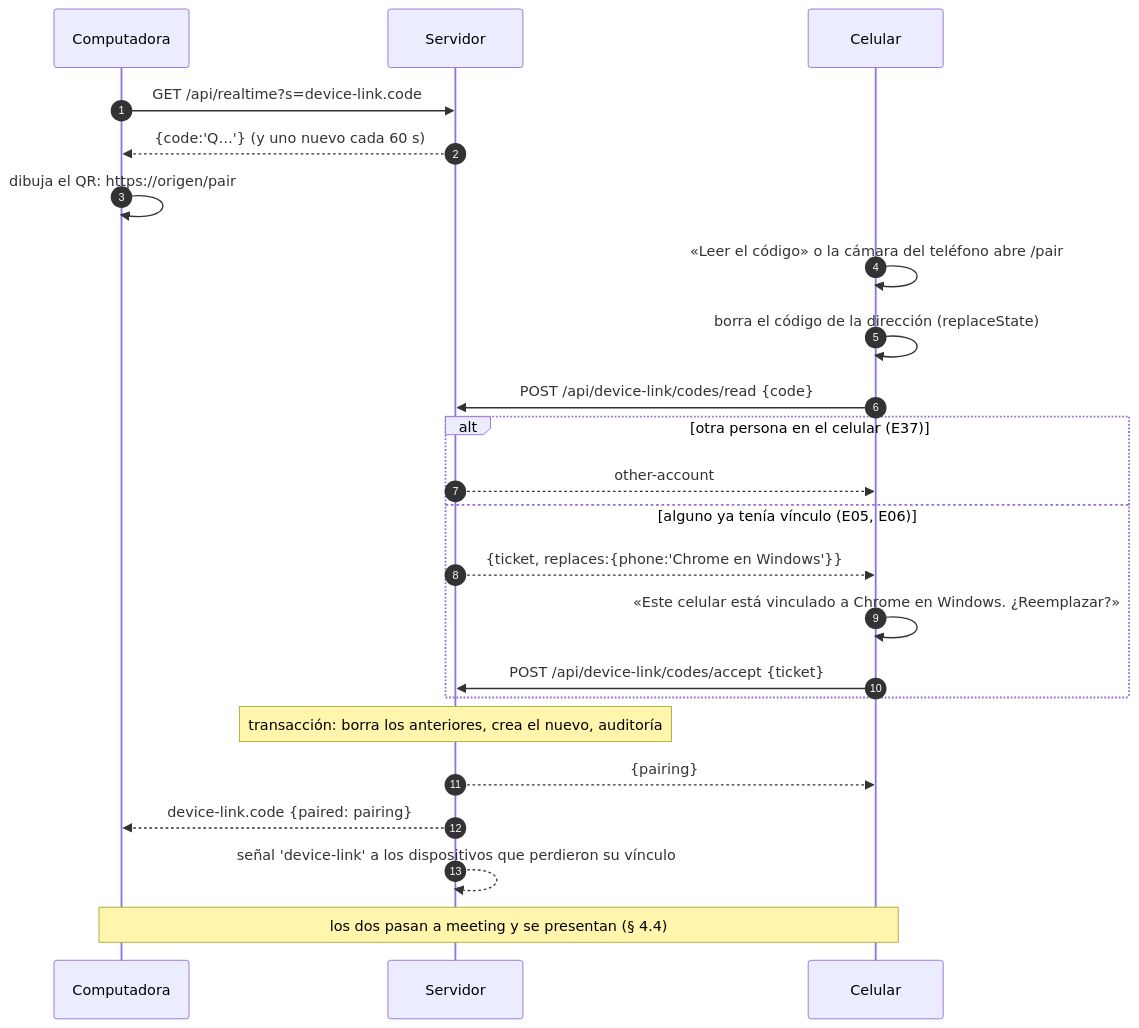
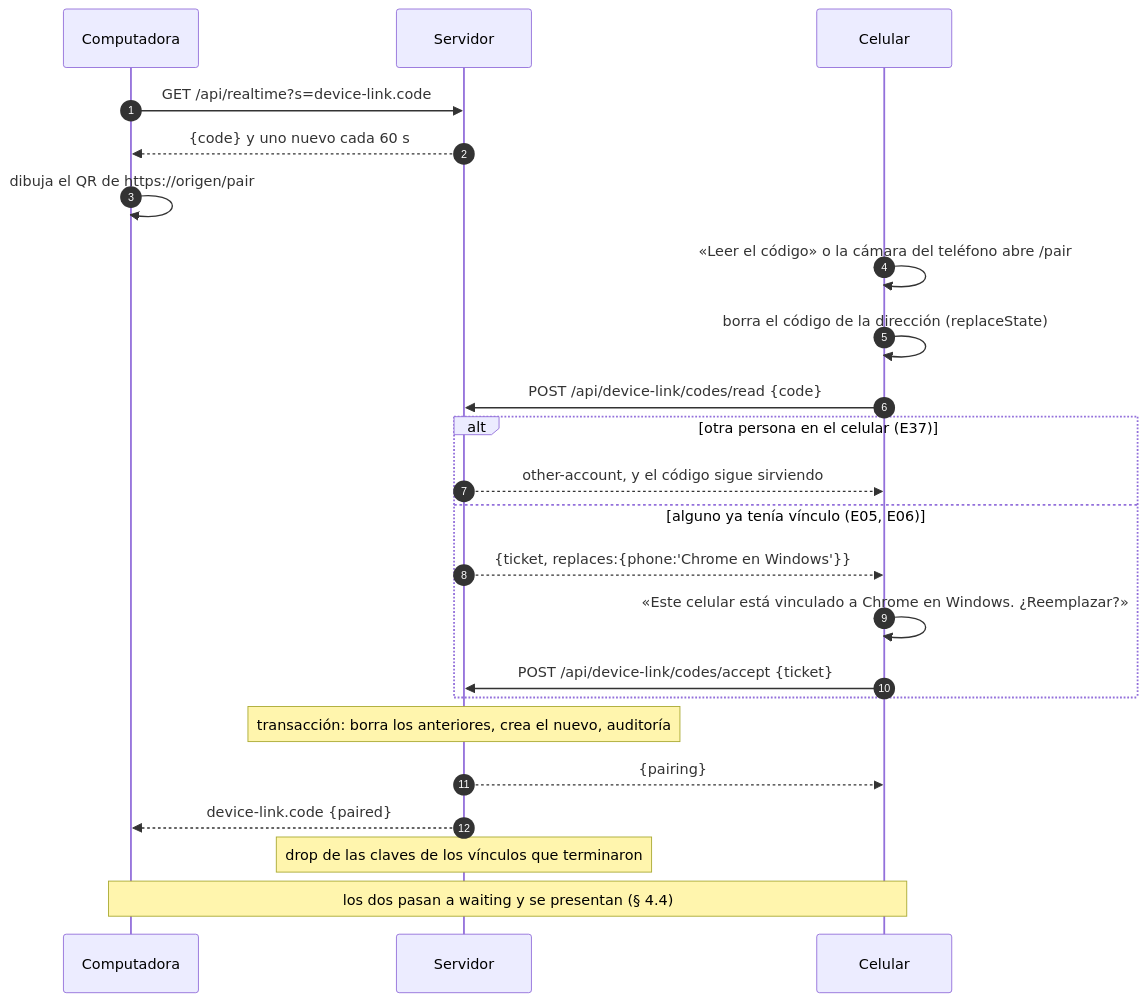
Before and after one commit to carlos-illobre/ferrebress: diagram 11 of 13 in docs/technical/modules/device-link.md, drawn with Mermaid. The commit also changed other lines of this file and 10 other files, not shown here.

First line of the commit message:
03a · paso 5: el diseño del vínculo corregido con las dos revisiones

````diff
--- a/docs/technical/modules/device-link.md
+++ b/docs/technical/modules/device-link.md
@@ -774,25 +950,25 @@
 ```mermaid
 sequenceDiagram
   autonumber
   participant PC as Computadora
   participant S as Servidor
   participant CE as Celular
   PC->>S: GET /api/realtime?s=device-link.code
-  S-->>PC: {code:'Q…'} (y uno nuevo cada 60 s)
-  PC->>PC: dibuja el QR: https://origen/pair#Q…
-  CE->>CE: «Leer el código» o la cámara del teléfono abre /pair#Q…
+  S-->>PC: {code} y uno nuevo cada 60 s
+  PC->>PC: dibuja el QR de https://origen/pair#código
+  CE->>CE: «Leer el código» o la cámara del teléfono abre /pair#código
   CE->>CE: borra el código de la dirección (replaceState)
   CE->>S: POST /api/device-link/codes/read {code}
   alt otra persona en el celular (E37)
-    S-->>CE: other-account
+    S-->>CE: other-account, y el código sigue sirviendo
   else alguno ya tenía vínculo (E05, E06)
     S-->>CE: {ticket, replaces:{phone:'Chrome en Windows'}}
     CE->>CE: «Este celular está vinculado a Chrome en Windows. ¿Reemplazar?»
     CE->>S: POST /api/device-link/codes/accept {ticket}
   end
   Note over S: transacción: borra los anteriores, crea el nuevo, auditoría
   S-->>CE: {pairing}
-  S-->>PC: device-link.code {paired: pairing}
-  S-->>S: señal 'device-link' a los dispositivos que perdieron su vínculo
-  Note over PC,CE: los dos pasan a meeting y se presentan (§ 4.4)
+  S-->>PC: device-link.code {paired}
+  Note over S: drop de las claves de los vínculos que terminaron
+  Note over PC,CE: los dos pasan a waiting y se presentan (§ 4.4)
 ```
````
